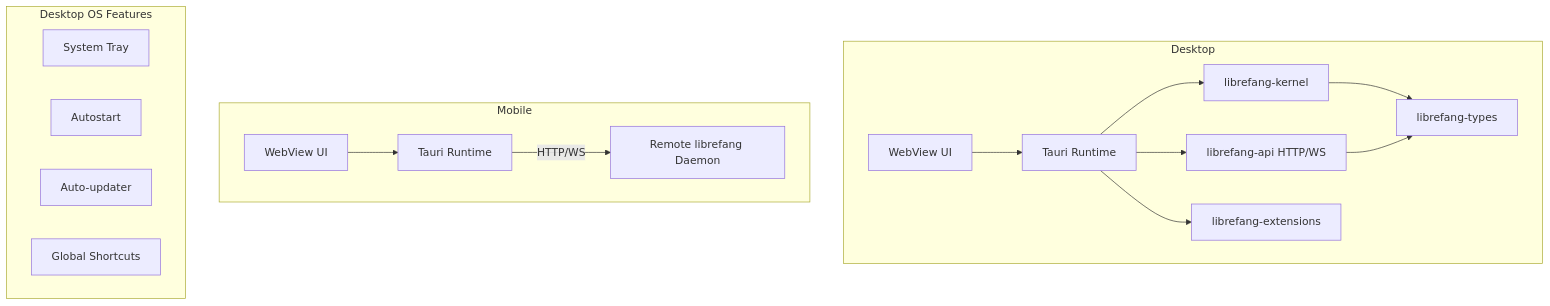
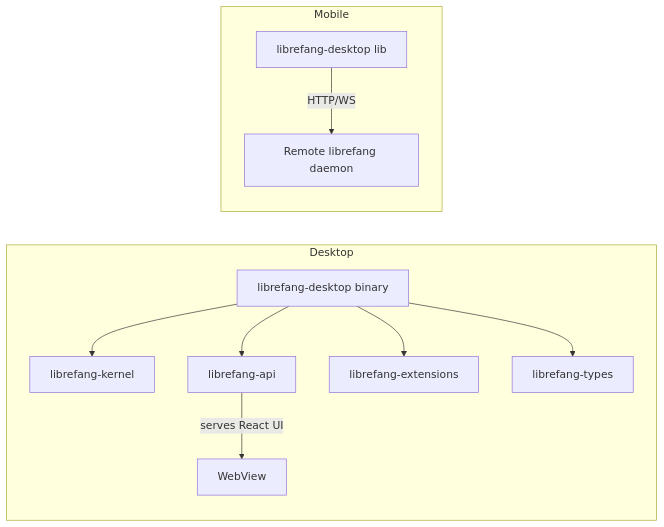
Before and after one commit to leszek3737/librefang-WIki: the diagram in other-librefang-desktop.md, drawn with Mermaid. The commit also changed other lines of this file and 122 other files, not shown here.

````diff
--- a/other-librefang-desktop.md
+++ b/other-librefang-desktop.md
@@ -9,21 +13,13 @@
 ```mermaid
-graph TB
+graph LR
     subgraph Desktop
-        UI[WebView UI] --> TAURI[Tauri Runtime]
-        TAURI --> KERNEL[librefang-kernel]
-        TAURI --> API[librefang-api HTTP/WS]
-        TAURI --> EXT[librefang-extensions]
-        KERNEL --> TYPES[librefang-types]
-        API --> TYPES
+        DT[librefang-desktop binary] --> DK[librefang-kernel]
+        DT --> DA[librefang-api]
+        DT --> DX[librefang-extensions]
+        DT --> DY[librefang-types]
+        DA --> |"serves React UI"| WV[WebView]
     end
     subgraph Mobile
-        MUI[WebView UI] --> MTAURI[Tauri Runtime]
-        MTAURI --> |HTTP/WS| DAEMON[Remote librefang Daemon]
-    end
-    subgraph Desktop OS Features
-        TRAY[System Tray]
-        AUTO[Autostart]
-        UPDATER[Auto-updater]
-        SHORTCUT[Global Shortcuts]
+        MT[librefang-desktop lib] --> |"HTTP/WS"| RD[Remote librefang daemon]
     end
 ```
````
